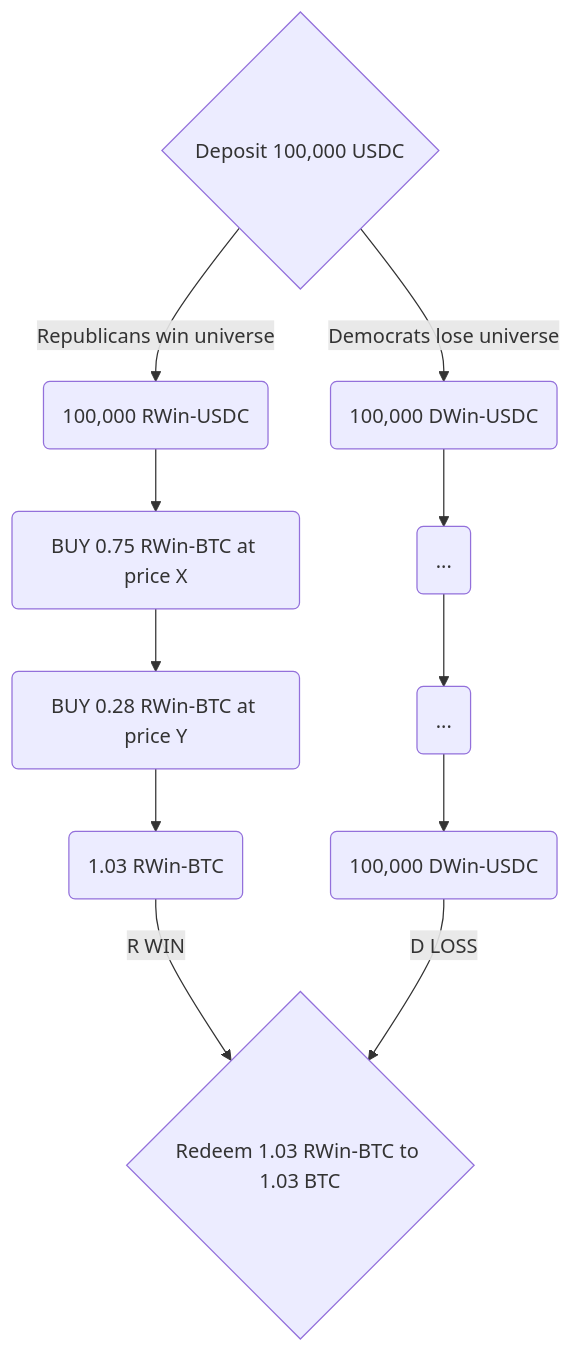
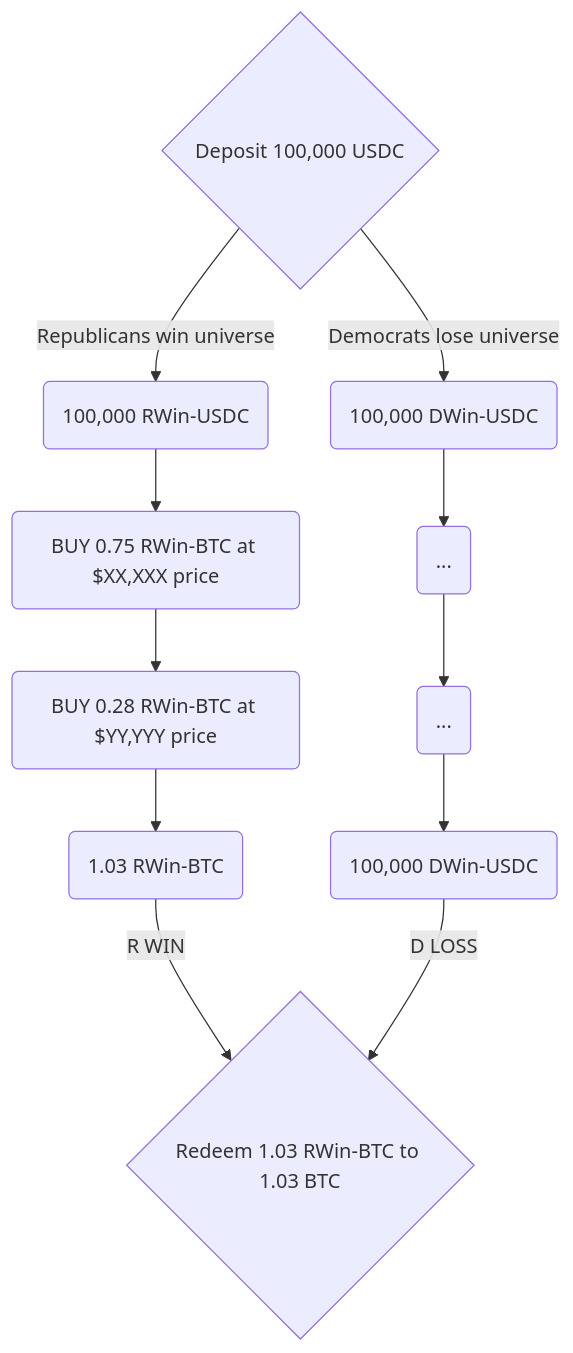
The diagram in learn/about-lightcone/the-trading.mdx (lightcone-street/docs), drawn with Mermaid before and after one commit. The commit also changed other lines of this file and 17 other files, not shown here.

````diff
--- a/learn/about-lightcone/the-trading.mdx
+++ b/learn/about-lightcone/the-trading.mdx
@@ -81,14 +84,17 @@
 ```mermaid
 graph TD
     H{Deposit 100,000 USDC}
+  
     H -->|Republicans win universe| I(100,000 RWin-USDC)
     H -->|Democrats lose universe| J(100,000 DWin-USDC)
-    I --> K(BUY 0.75 RWin-BTC at price X)
+    I --> K(BUY 0.75 RWin-BTC at $XX,XXX price)
     J --> L(...)
-    K --> M(BUY 0.28 RWin-BTC at price Y)
+    K --> M(BUY 0.28 RWin-BTC at $YY,YYY price)
     L --> O(...)
     O --> P(100,000 DWin-USDC)
     M --> Q(1.03 RWin-BTC)
     Q --> |R WIN| W{1.03 RWin-BTC}
     P --> |D LOSS| W{Redeem 1.03 RWin-BTC to 1.03 BTC}
+
+    class H auth
 ```
````
